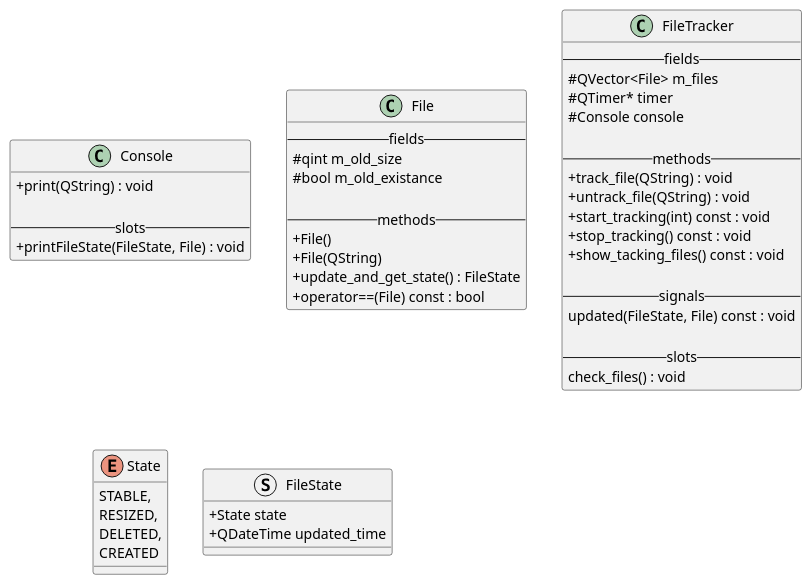
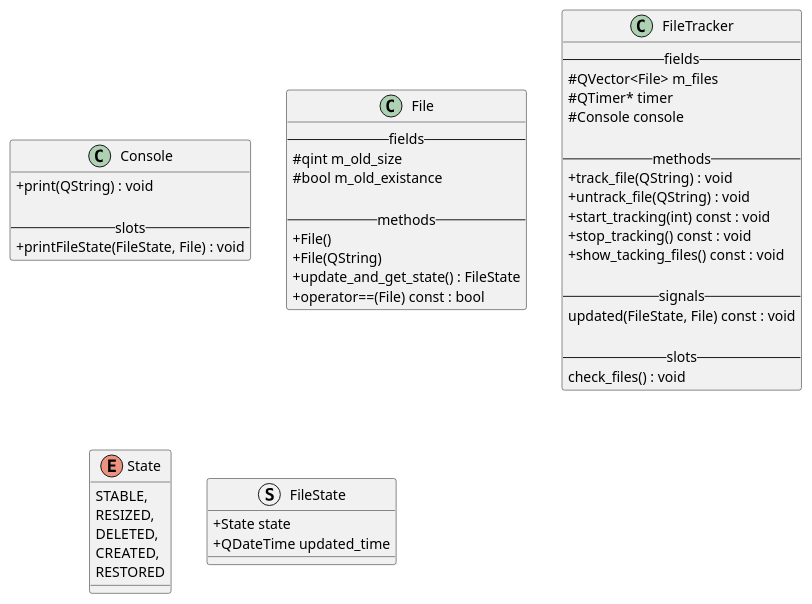
Before and after one commit to insert-zkm/QTConsoleFileManager: the diagram in UML/instance.puml, drawn with PlantUML. The commit also changed 9 other files, not shown here.

```diff
--- a/UML/instance.puml
+++ b/UML/instance.puml
@@ -1,56 +1,57 @@
 @startuml
 skinparam classAttributeIconSize 0
 
 class Console {
     + print(QString) : void
 
     -- slots --
     + printFileState(FileState, File) : void
 }
 
 class File {
     -- fields --
     # qint m_old_size
     # bool m_old_existance
 
     -- methods --
     + File()
     + File(QString)
     + update_and_get_state() : FileState
     + operator==(File) const : bool
 }
 
 class FileTracker {
     -- fields --
     # QVector<File> m_files
     # QTimer* timer
     # Console console
 
     -- methods --
     + track_file(QString) : void
     + untrack_file(QString) : void
     + start_tracking(int) const : void
     + stop_tracking() const : void
     + show_tacking_files() const : void
 
     -- signals --
     updated(FileState, File) const : void
 
     -- slots --
     check_files() : void
 }
 
 enum State {
     STABLE,
     RESIZED,
     DELETED,
-    CREATED
+    CREATED,
+    RESTORED
 }
 
 struct FileState {
     + State state
     + QDateTime updated_time
 }
 
 
 @enduml
```
